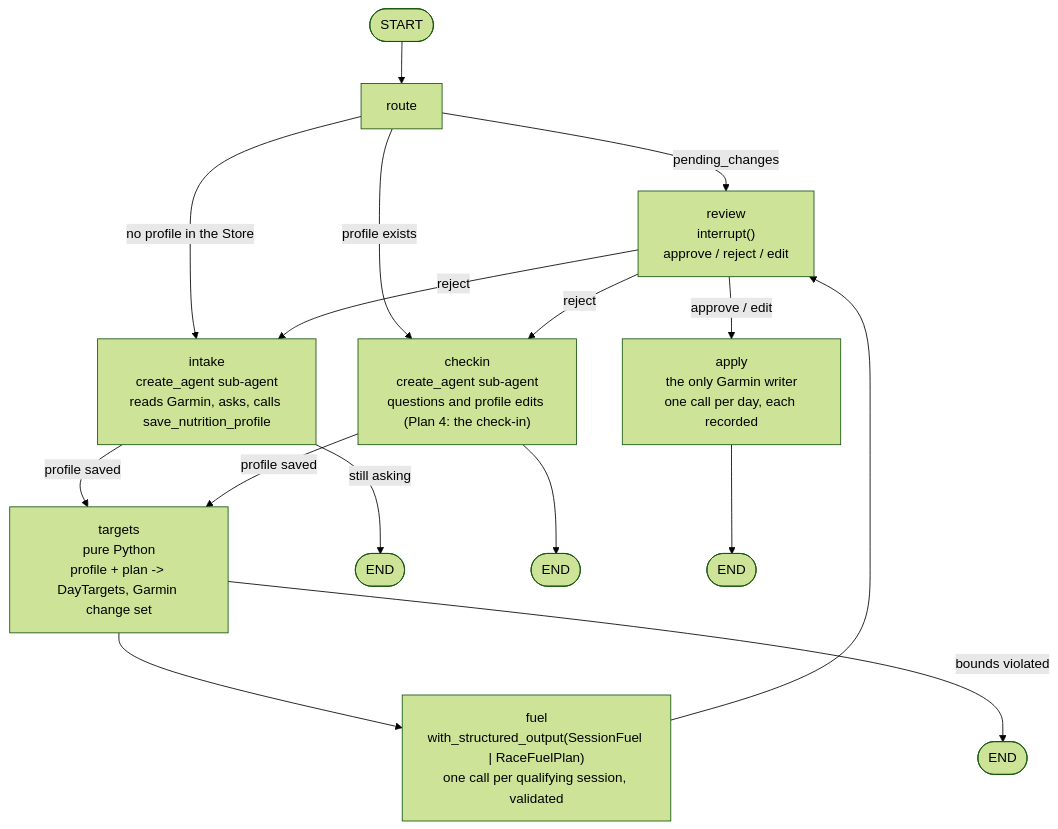
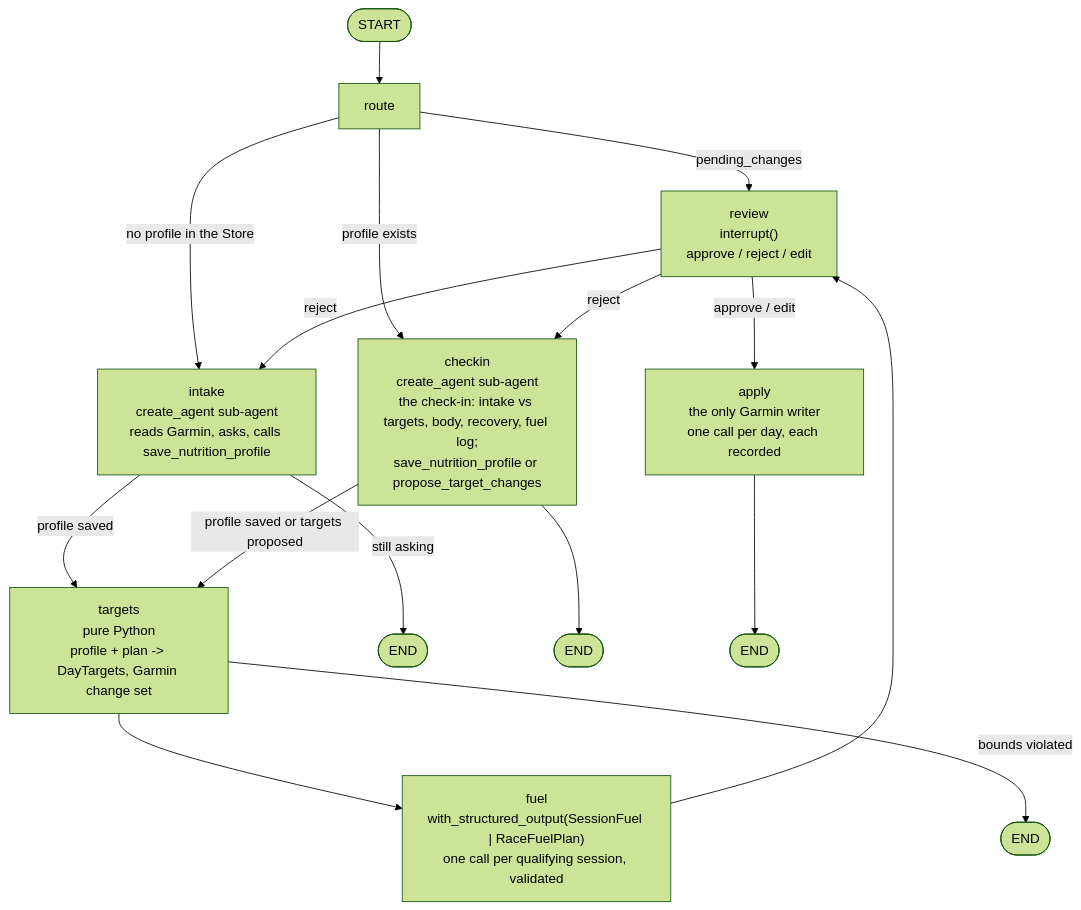
Before and after one commit to paradigmbrian/triathlon-agent: the diagram in packages/tri-nutrition/README.md, drawn with Mermaid (forest theme). The commit also changed other lines of this file and 2 other files, not shown here.

First line of the commit message:
docs(nutrition): plan 4 check-in and eval documentation

````diff
--- a/packages/tri-nutrition/README.md
+++ b/packages/tri-nutrition/README.md
@@ -48,24 +49,24 @@
 ```mermaid
 flowchart TD
     START([START]) --> route
     route -->|pending_changes| review
     route -->|no profile in the Store| intake
     route -->|profile exists| checkin
     intake["intake\ncreate_agent sub-agent\nreads Garmin, asks, calls save_nutrition_profile"]
-    checkin["checkin\ncreate_agent sub-agent\nquestions and profile edits (Plan 4: the check-in)"]
+    checkin["checkin\ncreate_agent sub-agent\nthe check-in: intake vs targets, body, recovery, fuel log;\nsave_nutrition_profile or propose_target_changes"]
     targets["targets\npure Python\nprofile + plan -> DayTargets, Garmin change set"]
     fuel["fuel\nwith_structured_output(SessionFuel | RaceFuelPlan)\none call per qualifying session, validated"]
     review["review\ninterrupt()\napprove / reject / edit"]
     apply["apply\nthe only Garmin writer\none call per day, each recorded"]
     intake -->|profile saved| targets
     intake -->|still asking| END1([END])
-    checkin -->|profile saved| targets
+    checkin -->|profile saved or targets proposed| targets
     checkin --> END2([END])
     targets --> fuel
     targets -->|bounds violated| END3([END])
     fuel --> review
     review -->|approve / edit| apply
     review -->|reject| intake
     review -->|reject| checkin
     apply --> END4([END])
 ```
````
